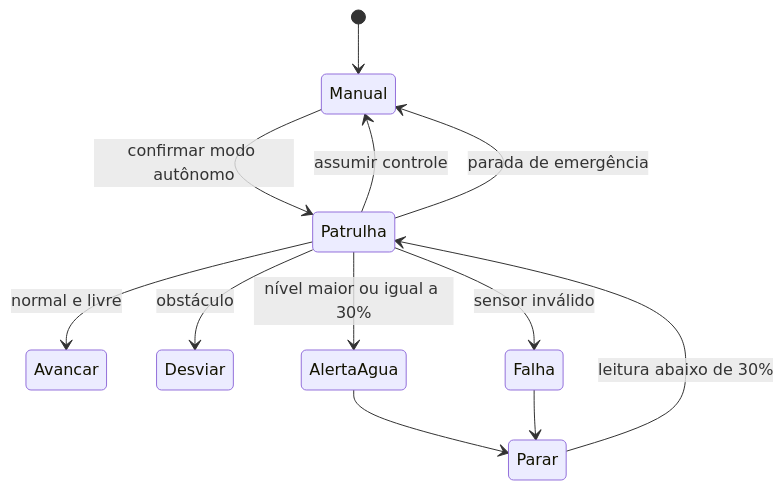
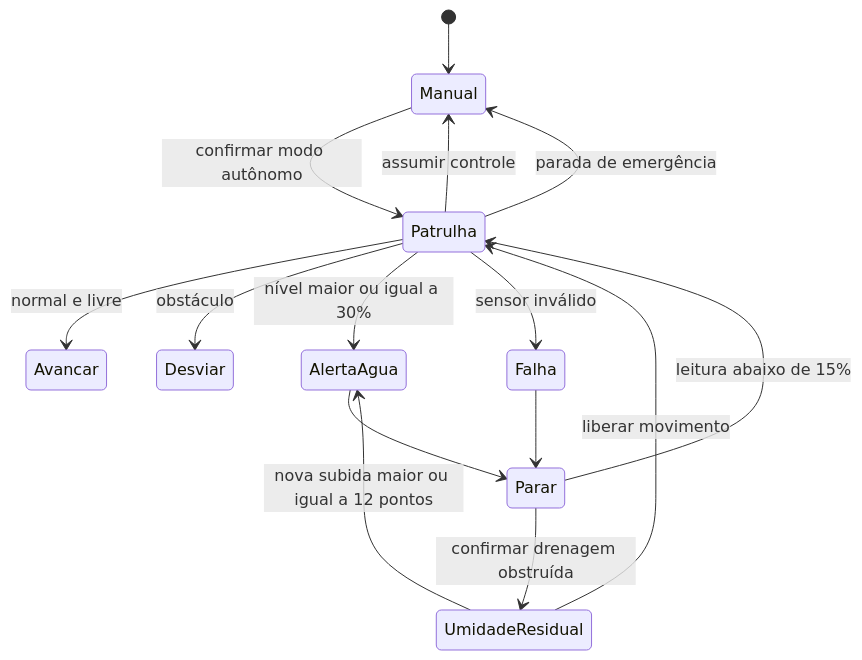
The diagram in docs/ARQUITETURA_DE_SOFTWARE.md (GabrielMachadoCP/ProjetoCarrinho), drawn with Mermaid before and after one commit. The commit also changed other lines of this file and 8 other files, not shown here.

Commit message:
feat: retomar patrulha com umidade residual

````diff
--- a/docs/ARQUITETURA_DE_SOFTWARE.md
+++ b/docs/ARQUITETURA_DE_SOFTWARE.md
@@ -18,14 +18,17 @@
 ```mermaid
 stateDiagram-v2
     [*] --> Manual
     Manual --> Patrulha: confirmar modo autônomo
     Patrulha --> Avancar: normal e livre
     Patrulha --> Desviar: obstáculo
     Patrulha --> AlertaAgua: nível maior ou igual a 30%
     AlertaAgua --> Parar
-    Parar --> Patrulha: leitura abaixo de 30%
+    Parar --> UmidadeResidual: confirmar drenagem obstruída
+    UmidadeResidual --> Patrulha: liberar movimento
+    UmidadeResidual --> AlertaAgua: nova subida maior ou igual a 12 pontos
+    Parar --> Patrulha: leitura abaixo de 15%
     Patrulha --> Falha: sensor inválido
     Falha --> Parar
     Patrulha --> Manual: assumir controle
     Patrulha --> Manual: parada de emergência
 ```
````
